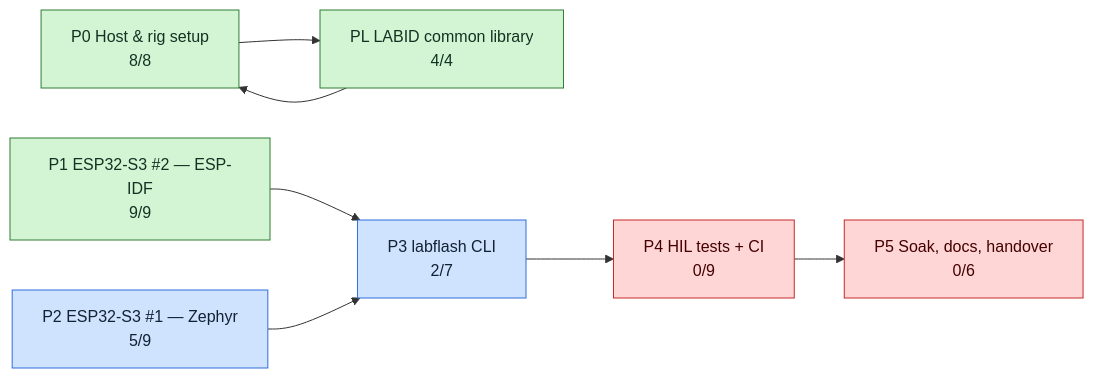
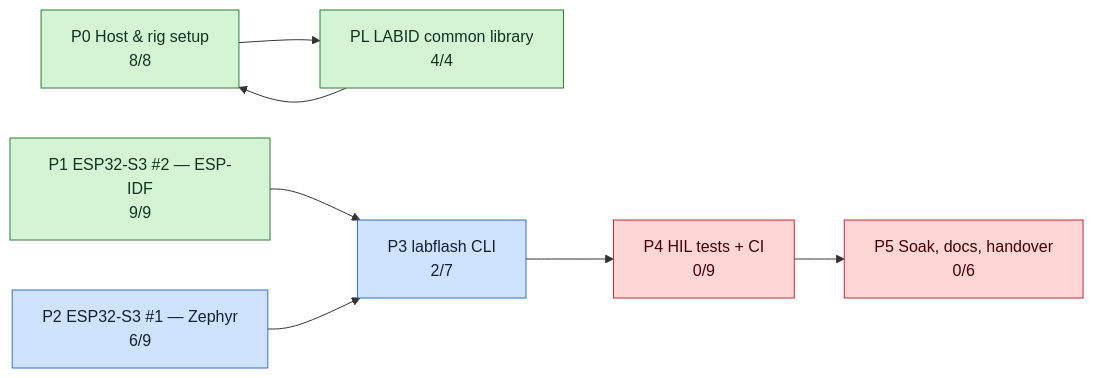
One commit to mohamed-soubhi/bootlab-esp changed the second of 3 diagrams in tickets/TICKETS.md. Above: the diagram before and after it, drawn with Mermaid. The commit also changed other lines of this file and 13 other files, not shown here.

````diff
--- a/tickets/TICKETS.md
+++ b/tickets/TICKETS.md
@@ -36,20 +36,20 @@
 ```mermaid
 flowchart LR
     E0["P0 Host & rig setup<br/>8/8"]:::done
     EL["PL LABID common library<br/>4/4"]:::done
     E1["P1 ESP32-S3 #2 — ESP-IDF<br/>9/9"]:::done
-    E2["P2 ESP32-S3 #1 — Zephyr<br/>5/9"]:::doing
+    E2["P2 ESP32-S3 #1 — Zephyr<br/>6/9"]:::doing
     E3["P3 labflash CLI<br/>2/7"]:::doing
     E4["P4 HIL tests + CI<br/>0/9"]:::blocked
     E5["P5 Soak, docs, handover<br/>0/6"]:::blocked
     E0 --> EL
     E1 --> E3
     E2 --> E3
     E3 --> E4
     E4 --> E5
     EL --> E0
     classDef todo fill:#eeeeee,stroke:#999,color:#333
     classDef doing fill:#cfe3ff,stroke:#2f6fdb,color:#123
     classDef blocked fill:#ffd6d6,stroke:#c62828,color:#400
     classDef done fill:#d4f5d4,stroke:#2e7d32,color:#132
 ```
````
